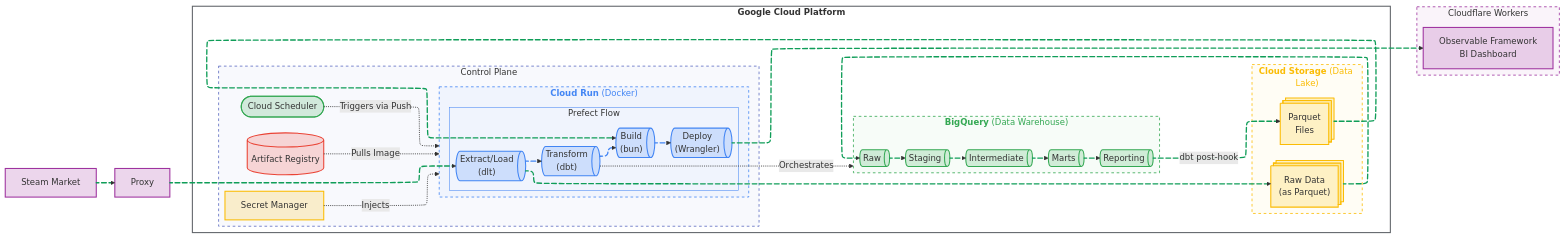
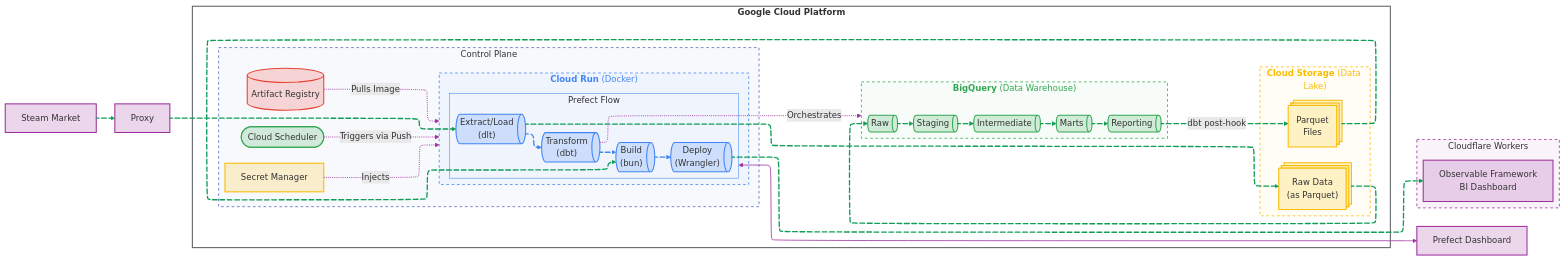
One commit to CarlosGTrejo/CS2-Market-Analysis changed the diagram in README.md. Above: the diagram before and after it, drawn with Mermaid. The commit also changed other lines of this file and 3 other files, not shown here.

````diff
--- a/README.md
+++ b/README.md
@@ -82,6 +240,7 @@
     %% External Data Sources
     steam_market["Steam Market"]@{ shape: rect }
     proxy_server["Proxy"]@{ shape: rect }
+    prefect_dashboard["Prefect Dashboard"]@{ shape: rect }
 
     %% Google Cloud Environment
     subgraph gcp_cloud["`**Google Cloud Platform**`"]
@@ -165,6 +324,8 @@
     secret_manager -. "Injects" .-> cloud_run_env
     task_transform -. "Orchestrates" .-> bigquery_dw
 
+    %% --- Prefect Dashboard Connection (Index 18) ---
+    prefect_orchestration <--> prefect_dashboard
 
     %% ========================================================
     %% 3. STYLING & CLASSES
@@ -208,28 +369,19 @@
     class bq_staging,bq_intermediate,bq_marts,bq_reporting,bq_raw bqNode;
     class raw_data_gcs,parquet_export gcsNode;
     class task_extract_load,task_transform,task_build,task_deploy computeNode;
-    class steam_market,proxy_server,observable_dashboard edgeNode;
+    class steam_market,proxy_server,observable_dashboard,prefect_dashboard edgeNode;
     
     class secret_manager secretManagerStyle;
     class cloud_scheduler cloudSchedulerStyle;
     class artifact_registry artifactRegistryStyle;
     
     %% --- Link Styles ---
-    %% Default all non-data lines to a softer grey
-    linkStyle default stroke:#9AA0A6,stroke-width:1.5px,fill:none;
+    %% Explicitly style remaining uncolored links (Indexes 14 through 18) to avoid arrowhead override bugs
+    linkStyle 14,15,16,17,18 stroke:#9E339F,stroke-width:1.5px,fill:none;
     
     %% Primary Animated Data Path (Indexes 0 through 10) - Vibrant Green & Thicker
     linkStyle 0,1,2,3,4,5,6,7,8,9,10 stroke:#0F9D58,stroke-width:2.5px,fill:none;
     
     %% Prefect Internal Flow Path (Indexes 11 through 13) - Blue & Dashed
     linkStyle 11,12,13 stroke:#4285F4,stroke-width:2.5px,fill:none,stroke-dasharray:5 5;
-    %% --- Link Styles ---
-    %% Default all non-data lines to a softer grey
-    linkStyle default stroke:#333,stroke-width:1.5px;
-    
-    %% Primary Animated Data Path (Indexes 0 through 10) - Vibrant Green & Thicker
-    linkStyle 0,1,2,3,4,5,6,7,8,9,10 stroke:#0F9D58,stroke-width:2.5px;
-    
-    %% Prefect Internal Flow Path (Indexes 11 through 13) - Blue & Dashed
-    linkStyle 11,12,13 stroke:#4285F4,stroke-width:2.5px;
 ```
````
